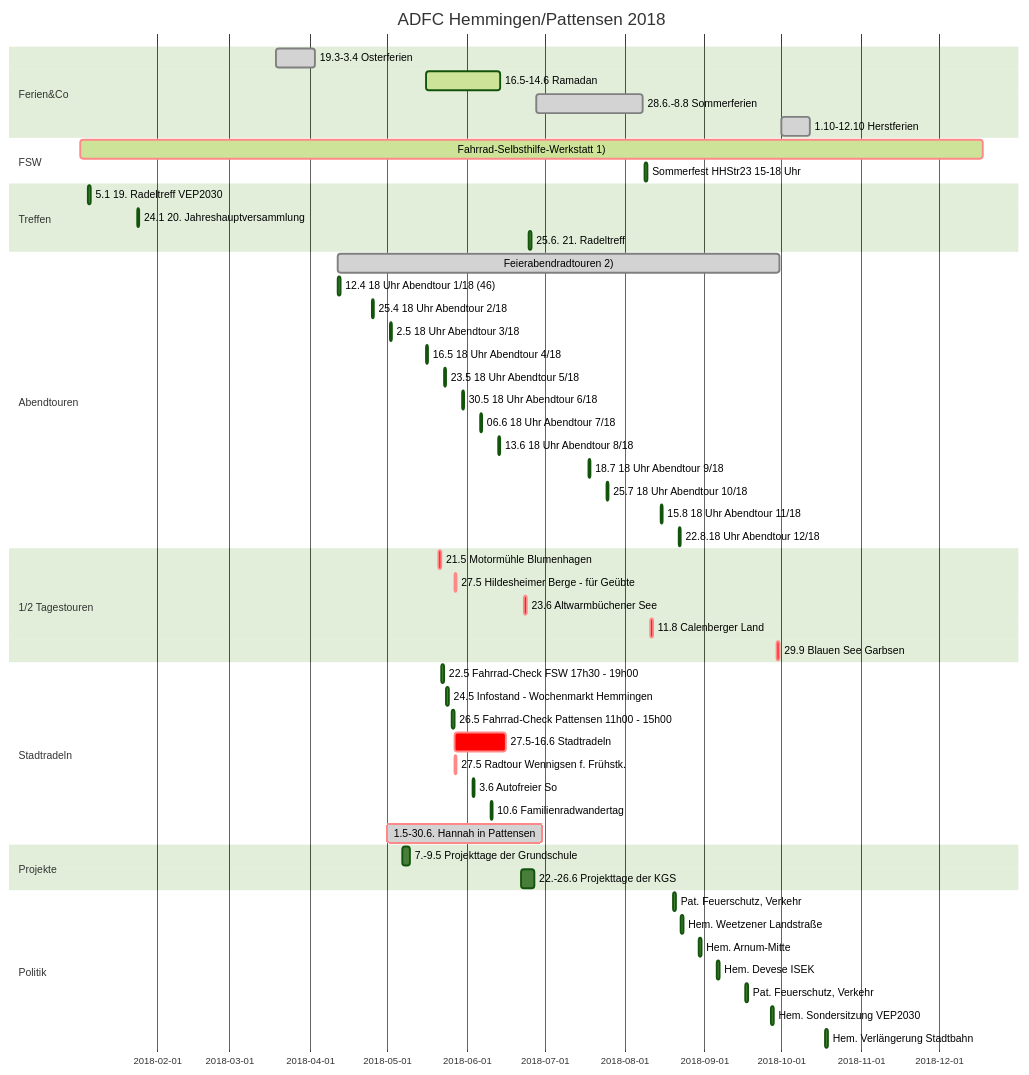
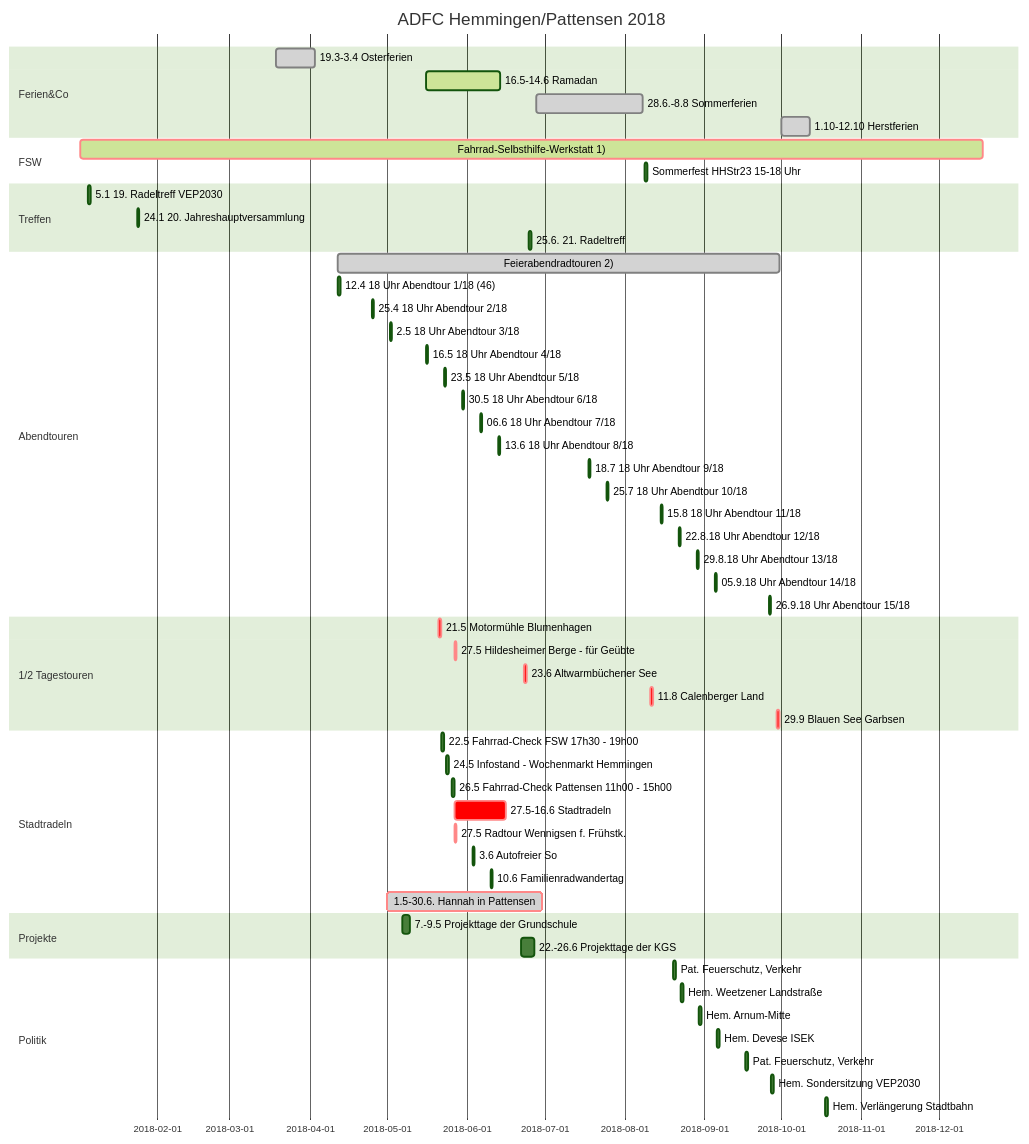
One commit to adfc-hemmingen-pattensen/adfc-hemmingen-pattensen.github.io changed the diagram in index.md. Above: the diagram before and after it, drawn with Mermaid (forest theme). The commit also changed other lines of this file and 4 other files, not shown here.

````diff
--- a/index.md
+++ b/index.md
@@ -100,66 +100,69 @@
 ```mermaid
 gantt
   title ADFC Hemmingen/Pattensen 2018
   dateFormat  DD.MM.YY
 
 section Ferien&Co
   19.3-3.4 Osterferien                        :done,        19.03.18, 03.04.18
   16.5-14.6  Ramadan                          :active,done, 16.05.18, 14.06.18
   28.6.-8.8 Sommerferien                      :done,        28.06.18, 08.08.18
   1.10-12.10 Herstferien                      :done,        01.10.18, 12.10.18
 
 section FSW
   Fahrrad-Selbsthilfe-Werkstatt 1)            :crit,active, 02.01.18, 18.12.18
   Sommerfest HHStr23  15-18 Uhr      : 09.08.18, 1d
 
 section Treffen
   5.1 19. Radeltreff VEP2030        : 05.01.18, 1d
   24.1 20. Jahreshauptversammlung   : 24.01.18, 1d
   25.6. 21. Radeltreff              : 25.06.18, 1d
 
 section Abendtouren
   Feierabendradtouren 2)        :done, 12.04.18, 30.09.18
 12.4 18 Uhr Abendtour 1/18 (46) : 12.04.18,1d
 25.4 18 Uhr Abendtour 2/18    : 25.04.18,1d
 2.5 18 Uhr Abendtour 3/18     : 02.05.18,1d
 16.5 18 Uhr Abendtour 4/18     : 16.05.18,1d
 23.5 18 Uhr Abendtour 5/18      : 23.05.18,1d
 30.5 18 Uhr Abendtour 6/18      : 30.05.18,1d
 06.6 18 Uhr Abendtour 7/18      : 06.06.18,1d
 13.6 18 Uhr Abendtour 8/18      : 13.06.18,1d
 18.7 18 Uhr Abendtour 9/18      : 18.07.18,1d
 25.7 18 Uhr Abendtour 10/18      : 25.07.18,1d
 15.8 18 Uhr Abendtour 11/18      : 15.08.18,1d
 22.8.18 Uhr Abendtour 12/18      : 22.08.18,1d
+29.8.18 Uhr Abendtour 13/18      : 29.08.18,1d
+05.9.18 Uhr Abendtour 14/18      : 05.09.18,1d
+26.9.18 Uhr Abendtour 15/18      : 26.09.18,1d
 
 section 1/2 Tagestouren
   21.5 Motormühle Blumenhagen   :crit, 21.05.18,1d
   27.5 Hildesheimer Berge - für Geübte :crit, 27.05.18, 1d
   23.6 Altwarmbüchener See      :crit, 23.06.18,1d
   11.8 Calenberger Land         :crit, 11.08.18,1d
   29.9 Blauen See Garbsen       :crit, 29.09.18,1d
 
 
 section Stadtradeln
   22.5 Fahrrad-Check FSW 17h30 - 19h00                     :             22.05.18, 1d
   24.5 Infostand - Wochenmarkt Hemmingen : 24.05.18,1d
   26.5 Fahrrad-Check Pattensen 11h00 - 15h00              :             26.05.18, 1d
   27.5-16.6 Stadtradeln                       : crit,       27.05.18, 16.06.18
   27.5 Radtour Wennigsen f. Frühstk.          : crit,       27.05.18, 1d
   3.6 Autofreier So                           :             03.06.18, 1d
   10.6 Familienradwandertag                   :             10.06.18, 1d
   1.5-30.6.  Hannah in Pattensen              :crit, done,  01.05.18, 30.06.18
 
 section Projekte
   7.-9.5 Projekttage der Grundschule      :07.05.18, 3d
   22.-26.6 Projekttage der KGS      :22.06.18, 5d
 
 section Politik
   Pat. Feuerschutz, Verkehr                         :20.08.18, 1d
   Hem. Weetzener Landstraße                         :23.08.18, 1d
   Hem. Arnum-Mitte                                  :30.08.18, 1d
   Hem. Devese ISEK                                  :06.09.18, 1d
   Pat. Feuerschutz, Verkehr                         :17.09.18, 1d
   Hem. Sondersitzung VEP2030                        :27.09.18, 1d
   Hem. Verlängerung Stadtbahn                       :18.10.18, 1d
 ```
````
